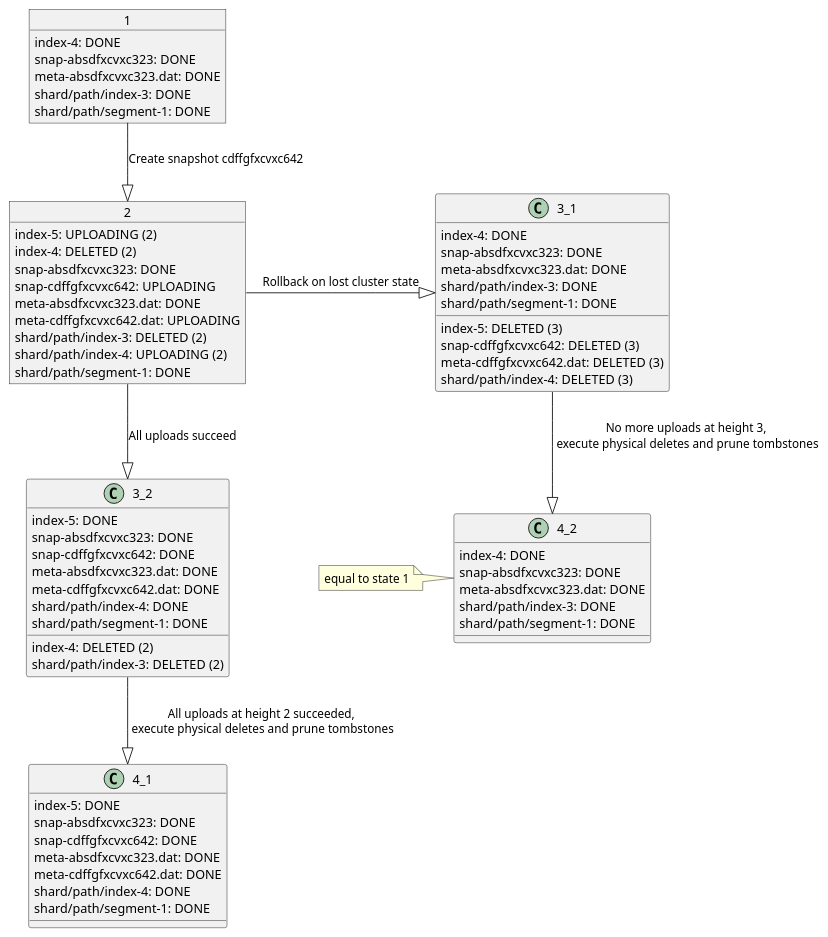
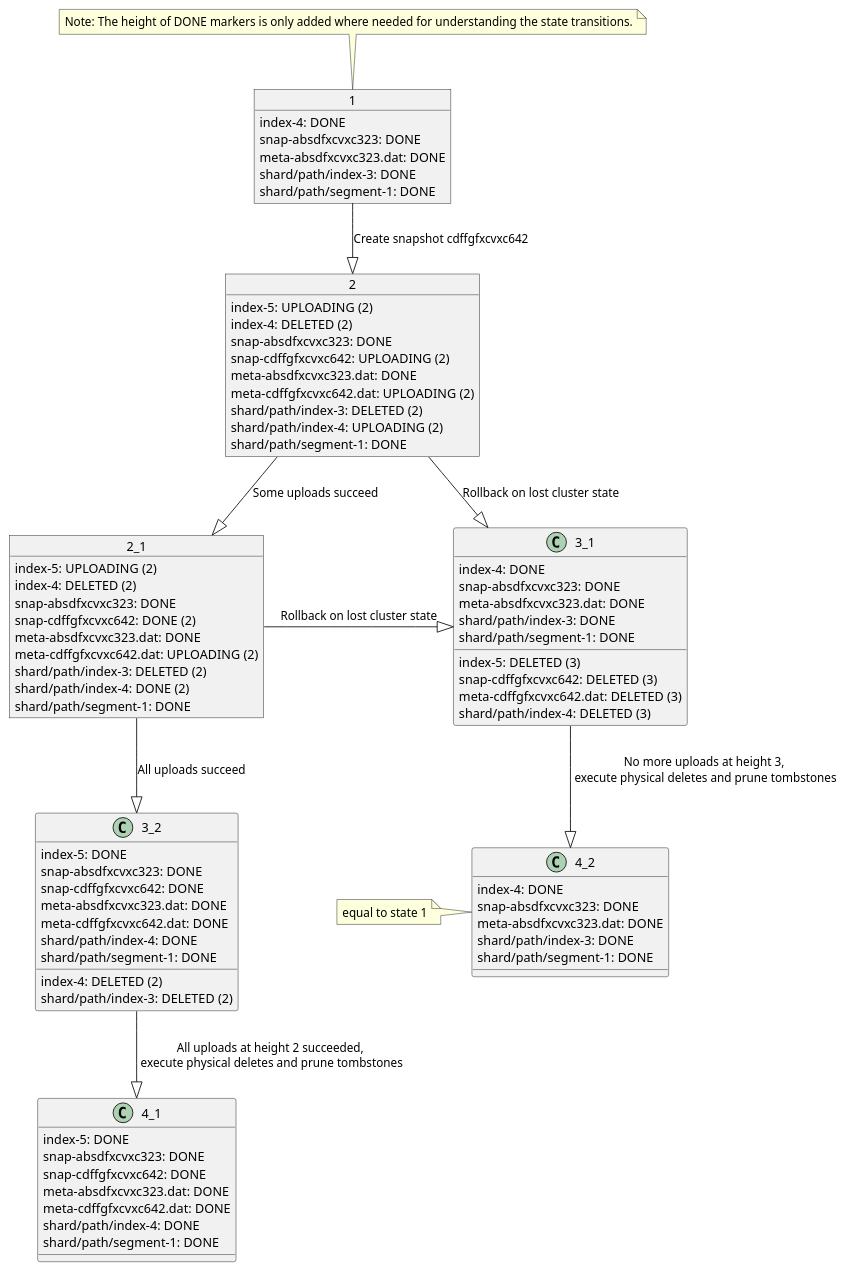
One commit to original-brownbear/elasticsearch changed the diagram in meta-state-transitions-create.puml. Above: the diagram before and after it, drawn with PlantUML. The commit also changed 1 other file, not shown here.

```diff
--- a/meta-state-transitions-create.puml
+++ b/meta-state-transitions-create.puml
@@ -1,75 +1,94 @@
 @startuml
+
 
 Object 1 {
     index-4: DONE
     snap-absdfxcvxc323: DONE
     meta-absdfxcvxc323.dat: DONE
     shard/path/index-3: DONE
     shard/path/segment-1: DONE
 }
+note top
+Note: The height of DONE markers is only added where needed for understanding the state transitions.
+end note
 
 Object 2 {
     index-5: UPLOADING (2)
     index-4: DELETED (2)
     snap-absdfxcvxc323: DONE
-    snap-cdffgfxcvxc642: UPLOADING
+    snap-cdffgfxcvxc642: UPLOADING (2)
     meta-absdfxcvxc323.dat: DONE
-    meta-cdffgfxcvxc642.dat: UPLOADING
+    meta-cdffgfxcvxc642.dat: UPLOADING (2)
     shard/path/index-3: DELETED (2)
     shard/path/index-4: UPLOADING (2)
     shard/path/segment-1: DONE
 }
 
+Object 2_1 {
+    index-5: UPLOADING (2)
+    index-4: DELETED (2)
+    snap-absdfxcvxc323: DONE
+    snap-cdffgfxcvxc642: DONE (2)
+    meta-absdfxcvxc323.dat: DONE
+    meta-cdffgfxcvxc642.dat: UPLOADING (2)
+    shard/path/index-3: DELETED (2)
+    shard/path/index-4: DONE (2)
+    shard/path/segment-1: DONE
+}
+
 1 --|> 2: Create snapshot cdffgfxcvxc642
 
+2 --|> 2_1: Some uploads succeed
+
+2_1 -|> 3_1: Rollback on lost cluster state
 2 -|> 3_1: Rollback on lost cluster state
-2 --|> 3_2: All uploads succeed
+2_1 --|> 3_2: All uploads succeed
 
 Object 3_1 {
     index-5: DELETED (3)
     index-4: DONE
     snap-absdfxcvxc323: DONE
     snap-cdffgfxcvxc642: DELETED (3)
     meta-absdfxcvxc323.dat: DONE
     meta-cdffgfxcvxc642.dat: DELETED (3)
     shard/path/index-3: DONE
     shard/path/index-4: DELETED (3)
     shard/path/segment-1: DONE
 }
 
 Object 3_2 {
     index-5: DONE
     index-4: DELETED (2)
     snap-absdfxcvxc323: DONE
     snap-cdffgfxcvxc642: DONE
     meta-absdfxcvxc323.dat: DONE
     meta-cdffgfxcvxc642.dat: DONE
     shard/path/index-3: DELETED (2)
     shard/path/index-4: DONE
     shard/path/segment-1: DONE
 }
 
 3_2 --|> 4_1: All uploads at height 2 succeeded,\n execute physical deletes and prune tombstones
 3_1 --|> 4_2: No more uploads at height 3,\n execute physical deletes and prune tombstones
 
 
 Object 4_1 {
     index-5: DONE
     snap-absdfxcvxc323: DONE
     snap-cdffgfxcvxc642: DONE
     meta-absdfxcvxc323.dat: DONE
     meta-cdffgfxcvxc642.dat: DONE
     shard/path/index-4: DONE
     shard/path/segment-1: DONE
 }
 
 Object 4_2 {
     index-4: DONE
     snap-absdfxcvxc323: DONE
     meta-absdfxcvxc323.dat: DONE
     shard/path/index-3: DONE
     shard/path/segment-1: DONE
 }
 note left: equal to state 1
 
 @enduml
```
